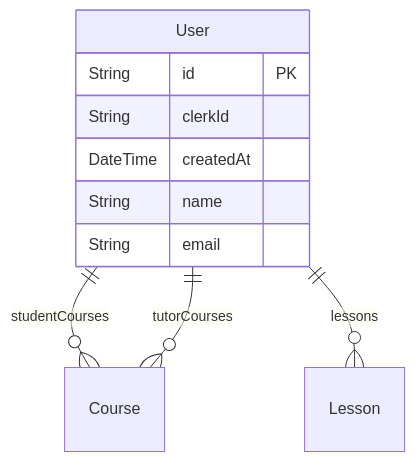
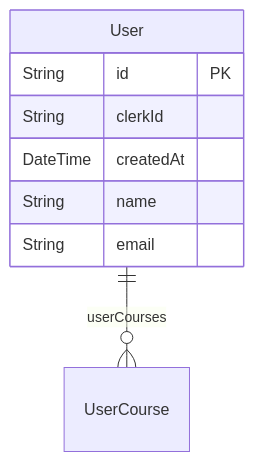
Before and after one commit to HamedMP/LangPod: the first of 5 diagrams in schema.md, drawn with Mermaid. The commit also changed other lines of this file and 22 other files, not shown here.

Commit message:
Refactor data model to introduce UserCourse and simplify course-user relationships

````diff
--- a/schema.md
+++ b/schema.md
@@ -12,15 +13,13 @@
 ```mermaid
 erDiagram
 "User" {
-  String id PK 
-  String clerkId  
-  DateTime createdAt  
-  String name  
-  String email  
+  String id PK
+  String clerkId
+  DateTime createdAt
+  String name
+  String email
 }
 
-"User" ||--o{ "Course": studentCourses
-"User" ||--o{ "Course": tutorCourses
-"User" ||--o{ "Lesson": lessons
+"User" ||--o{ "UserCourse": userCourses
 
 ```
````
